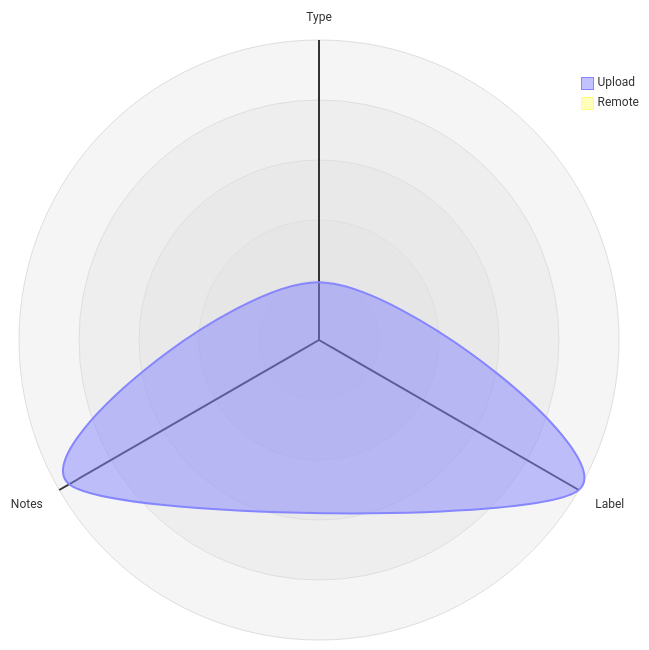
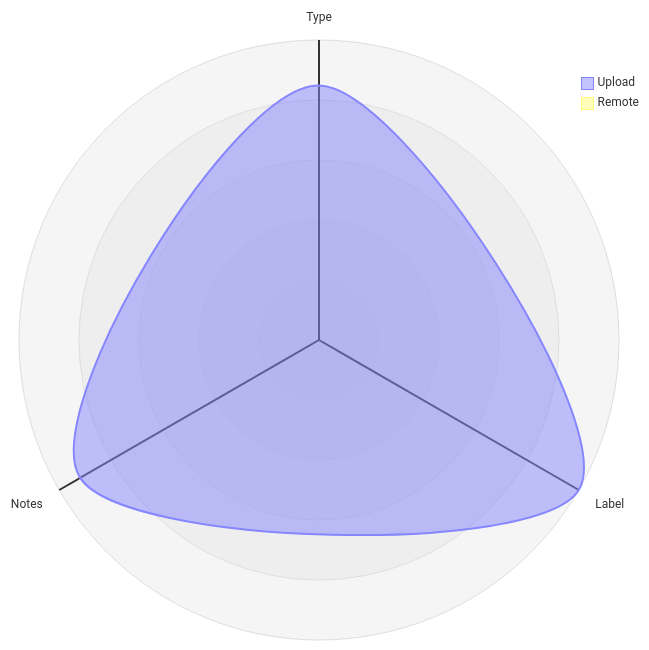
The third of 5 diagrams in datastore_tracker/README.md (open-data/analytics-corporate-reporting), drawn with Mermaid before and after one commit. The commit also changed other lines of this file and 11 other files, not shown here.

````diff
--- a/datastore_tracker/README.md
+++ b/datastore_tracker/README.md
@@ -106,12 +106,12 @@
 ```mermaid
 radar-beta
   axis T["Type"], L["Label"], N["Notes"]
-  curve u["Upload"]{0.0001, 0.00052, 0.0005}
+  curve u["Upload"]{0.00084, 0.00099, 0.00091}
   curve r["Remote"]{0, 0, 0}
 
   showLegend true
 
   min 0
   graticule circle
   ticks 5
 ```
````
